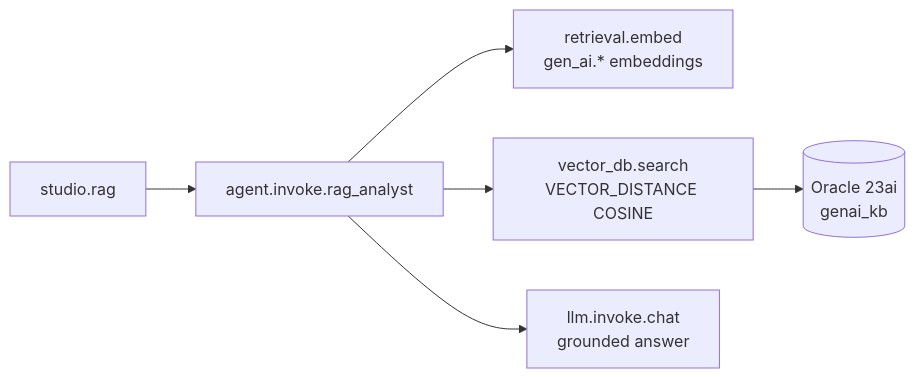
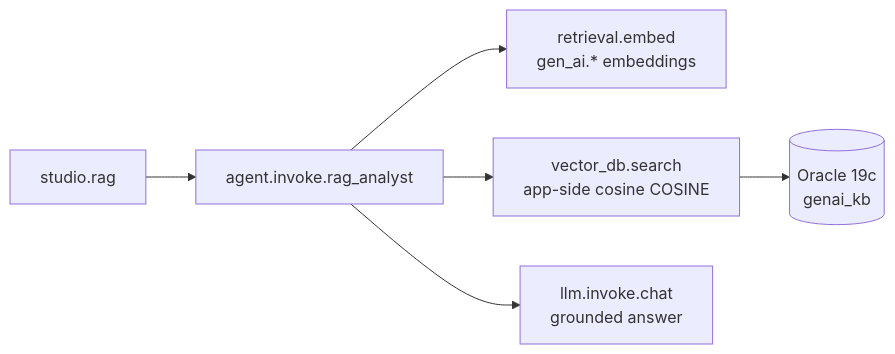
One commit to adibirzu/octo-observability-demo changed the second of 2 diagrams in site/observability-v2/ai-studio-genai-monitoring.md. Above: the diagram before and after it, drawn with Mermaid. The commit also changed other lines of this file and 20 other files, not shown here.

````diff
--- a/site/observability-v2/ai-studio-genai-monitoring.md
+++ b/site/observability-v2/ai-studio-genai-monitoring.md
@@ -92,8 +95,8 @@
 ```mermaid
 flowchart LR
     A[studio.rag] --> B[agent.invoke.rag_analyst]
     B --> C[retrieval.embed<br/>gen_ai.* embeddings]
-    B --> D[vector_db.search<br/>VECTOR_DISTANCE COSINE]
-    D --> E[(Oracle 23ai<br/>genai_kb)]
+    B --> D[vector_db.search<br/>app-side cosine COSINE]
+    D --> E[(Oracle 19c<br/>genai_kb)]
     B --> F[llm.invoke.chat<br/>grounded answer]
 ```
````
